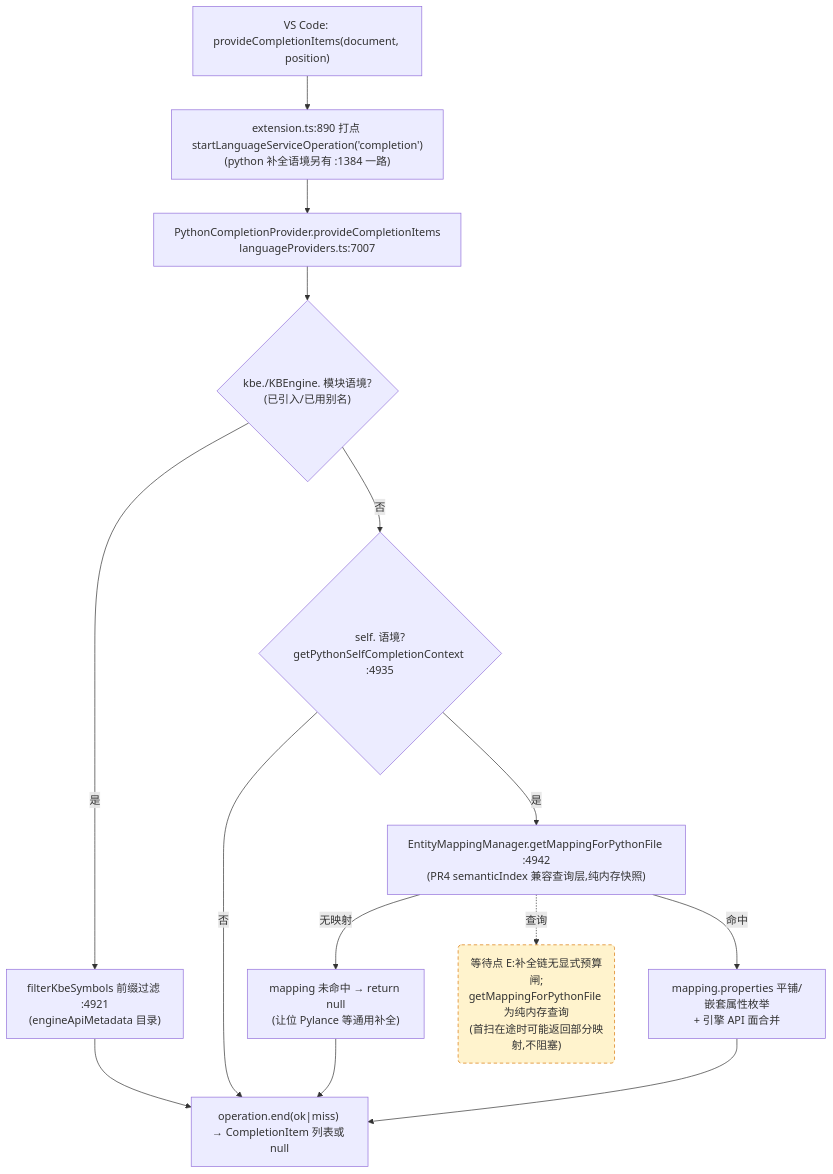
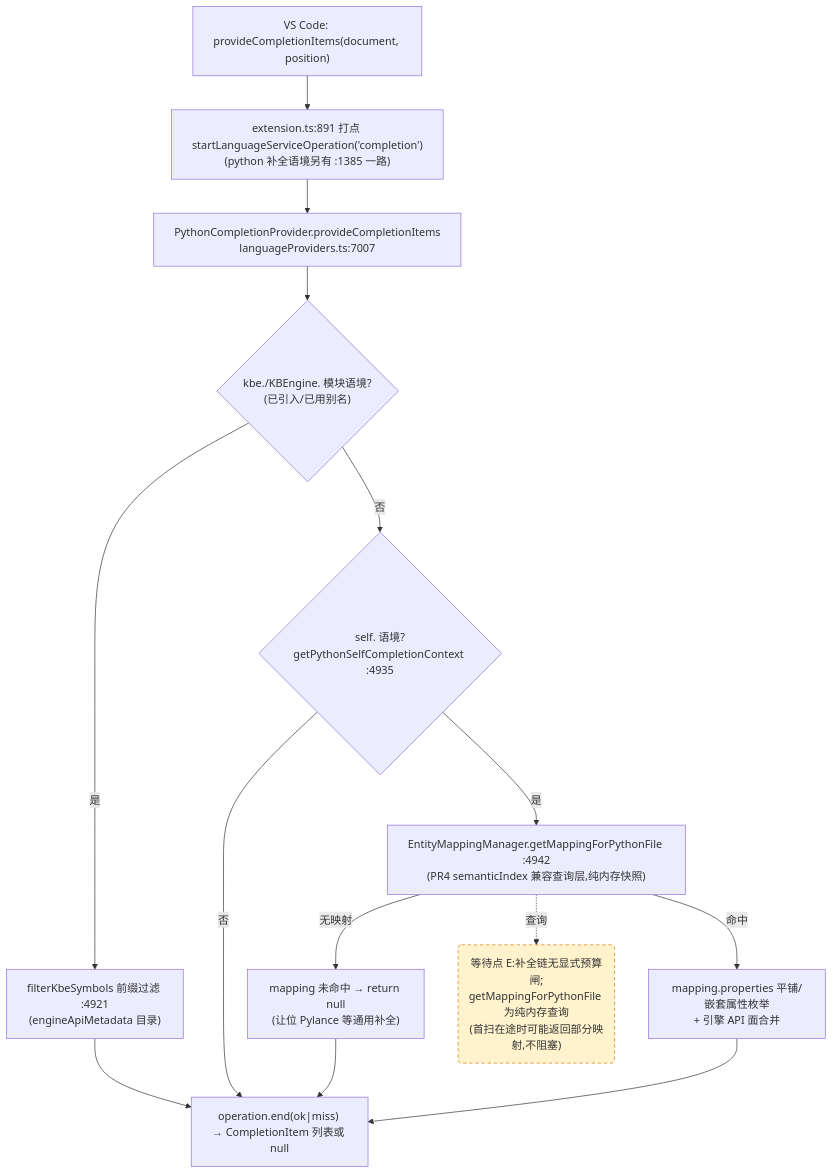
The third of 4 diagrams in docs/perf/2026-baseline.md (cuihairu/kode), drawn with Mermaid before and after one commit. The commit also changed other lines of this file and 10 other files, not shown here.

````diff
--- a/docs/perf/2026-baseline.md
+++ b/docs/perf/2026-baseline.md
@@ -184,27 +184,27 @@
 ```mermaid
 flowchart TD
   VC3["VS Code: provideCompletionItems(document, position)"]
-  M3["extension.ts:890 打点 startLanguageServiceOperation('completion')<br/>(python 补全语境另有 :1384 一路)"]
+  M3["extension.ts:891 打点 startLanguageServiceOperation('completion')<br/>(python 补全语境另有 :1385 一路)"]
   CP["PythonCompletionProvider.provideCompletionItems<br/>languageProviders.ts:7007"]
   KBEC{"kbe./KBEngine. 模块语境?<br/>(已引入/已用别名)"}
   FILTER["filterKbeSymbols 前缀过滤 :4921<br/>(engineApiMetadata 目录)"]
   SELFC{"self. 语境?<br/>getPythonSelfCompletionContext :4935"}
   MAP["EntityMappingManager.getMappingForPythonFile :4942<br/>(PR4 semanticIndex 兼容查询层,纯内存快照)"]
   NOMAP["mapping 未命中 → return null<br/>(让位 Pylance 等通用补全)"]
   PROPS["mapping.properties 平铺/嵌套属性枚举<br/>+ 引擎 API 面合并"]
   END3["operation.end(ok|miss) → CompletionItem 列表或 null"]
 
   VC3 --> M3 --> CP --> KBEC
   KBEC -- "是" --> FILTER --> END3
   KBEC -- "否" --> SELFC
   SELFC -- "否" --> END3
   SELFC -- "是" --> MAP
   MAP -- "无映射" --> NOMAP --> END3
   MAP -- "命中" --> PROPS --> END3
 
   WAITE("等待点 E:补全链无显式预算闸;<br/>getMappingForPythonFile 为纯内存查询<br/>(首扫在途时可能返回部分映射,不阻塞)")
   MAP -.->|查询| WAITE
 
   classDef waitPoint fill:#fff3cd,stroke:#d97706,stroke-dasharray:5 4;
   class WAITE waitPoint;
 ```
````
